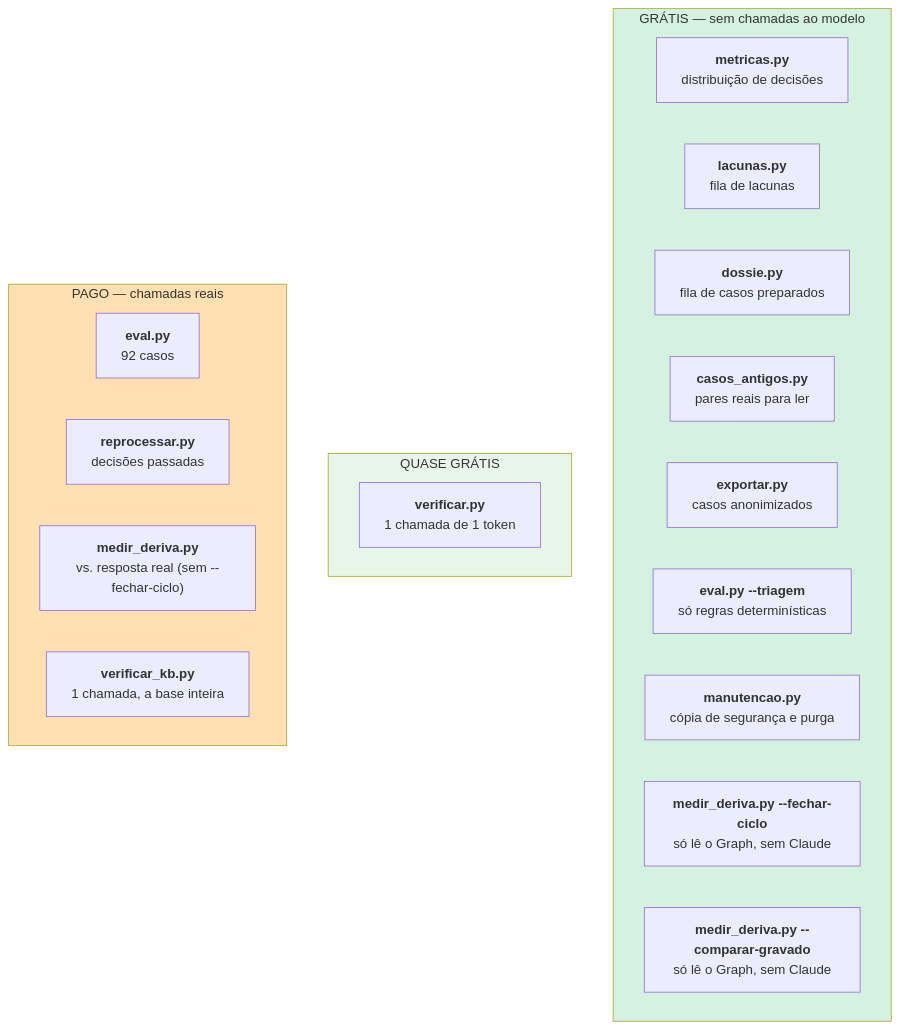
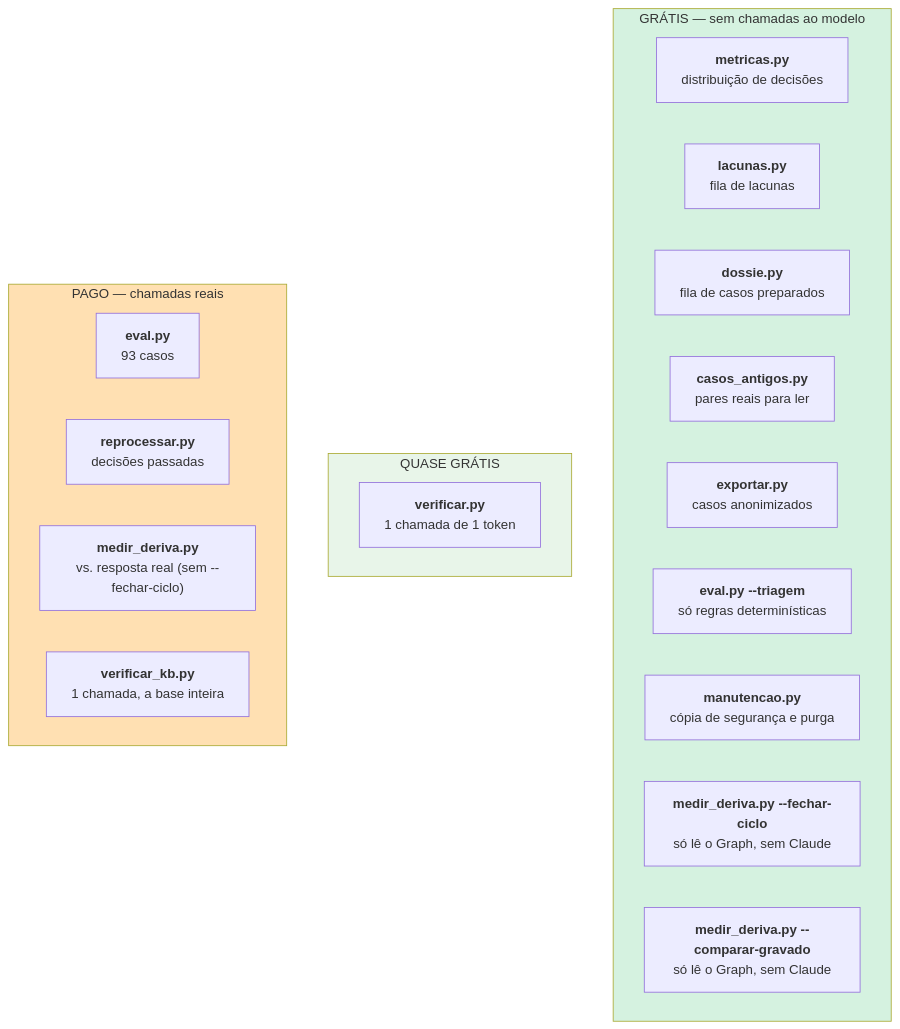
The diagram in docs/06-engineering/operations.md (joaocarvalhini/Outlook-Reply-Assistant), drawn with Mermaid before and after one commit. The commit also changed 8 other files, not shown here.

````diff
--- a/docs/06-engineering/operations.md
+++ b/docs/06-engineering/operations.md
@@ -22,26 +22,26 @@
 ```mermaid
 flowchart TB
     subgraph G["GRÁTIS — sem chamadas ao modelo"]
         G1["<b>metricas.py</b><br/>distribuição de decisões"]
         G2["<b>lacunas.py</b><br/>fila de lacunas"]
         G3["<b>dossie.py</b><br/>fila de casos preparados"]
         G4["<b>casos_antigos.py</b><br/>pares reais para ler"]
         G5["<b>exportar.py</b><br/>casos anonimizados"]
         G6["<b>eval.py --triagem</b><br/>só regras determinísticas"]
         G7["<b>manutencao.py</b><br/>cópia de segurança e purga"]
         G8["<b>medir_deriva.py --fechar-ciclo</b><br/>só lê o Graph, sem Claude"]
         G9["<b>medir_deriva.py --comparar-gravado</b><br/>só lê o Graph, sem Claude"]
     end
     subgraph Q["QUASE GRÁTIS"]
         Q1["<b>verificar.py</b><br/>1 chamada de 1 token"]
     end
     subgraph P["PAGO — chamadas reais"]
-        P1["<b>eval.py</b><br/>92 casos"]
+        P1["<b>eval.py</b><br/>93 casos"]
         P2["<b>reprocessar.py</b><br/>decisões passadas"]
         P3["<b>medir_deriva.py</b><br/>vs. resposta real (sem --fechar-ciclo)"]
         P4["<b>verificar_kb.py</b><br/>1 chamada, a base inteira"]
     end
     style G fill:#d5f2e0
     style Q fill:#e8f5e9
     style P fill:#ffe0b2
 ```
````
